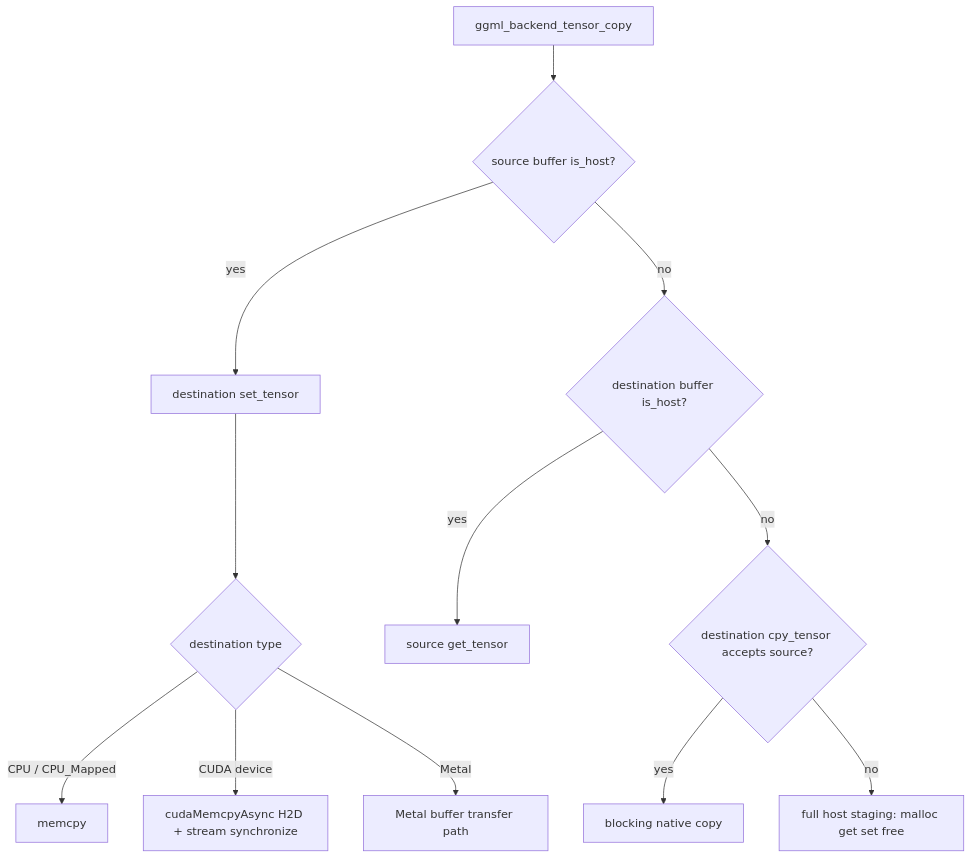
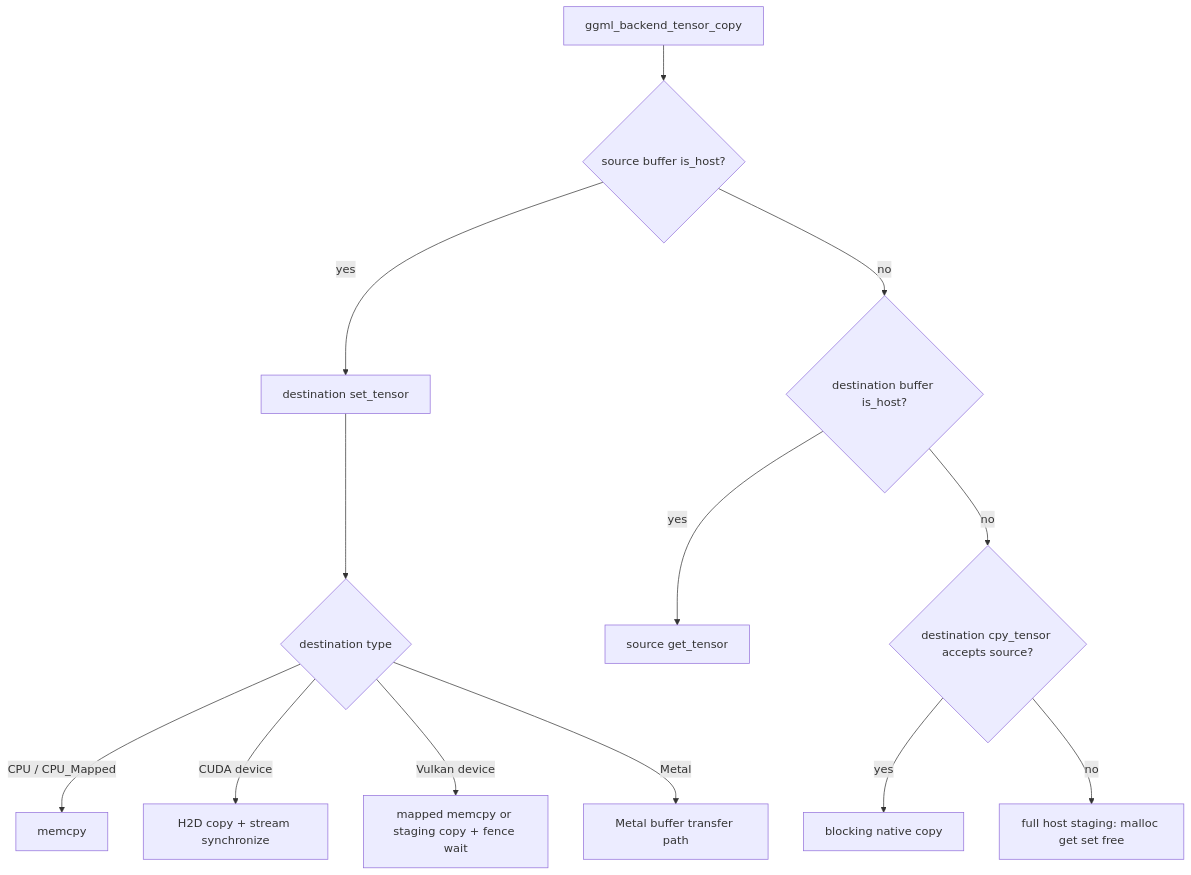
Before and after one commit to mohammed-alaa40123/How.to.llama.cpp: the diagram in docs/lifecycle/buffer-compatibility.md, drawn with Mermaid. The commit also changed other lines of this file, not shown here.

Commit message:
docs: add Vulkan buffer compatibility matrix

````diff
--- a/docs/lifecycle/buffer-compatibility.md
+++ b/docs/lifecycle/buffer-compatibility.md
@@ -27,15 +29,16 @@
 ```mermaid
 flowchart TD
     A[ggml_backend_tensor_copy] --> B{source buffer is_host?}
     B -->|yes| C[destination set_tensor]
     B -->|no| D{destination buffer is_host?}
     D -->|yes| E[source get_tensor]
     D -->|no| F{destination cpy_tensor accepts source?}
     F -->|yes| G[blocking native copy]
     F -->|no| H[full host staging: malloc get set free]
 
     C --> I{destination type}
     I -->|CPU / CPU_Mapped| J[memcpy]
-    I -->|CUDA device| K[cudaMemcpyAsync H2D + stream synchronize]
-    I -->|Metal| L[Metal buffer transfer path]
+    I -->|CUDA device| K[H2D copy + stream synchronize]
+    I -->|Vulkan device| L[mapped memcpy or staging copy + fence wait]
+    I -->|Metal| M[Metal buffer transfer path]
 ```
````
